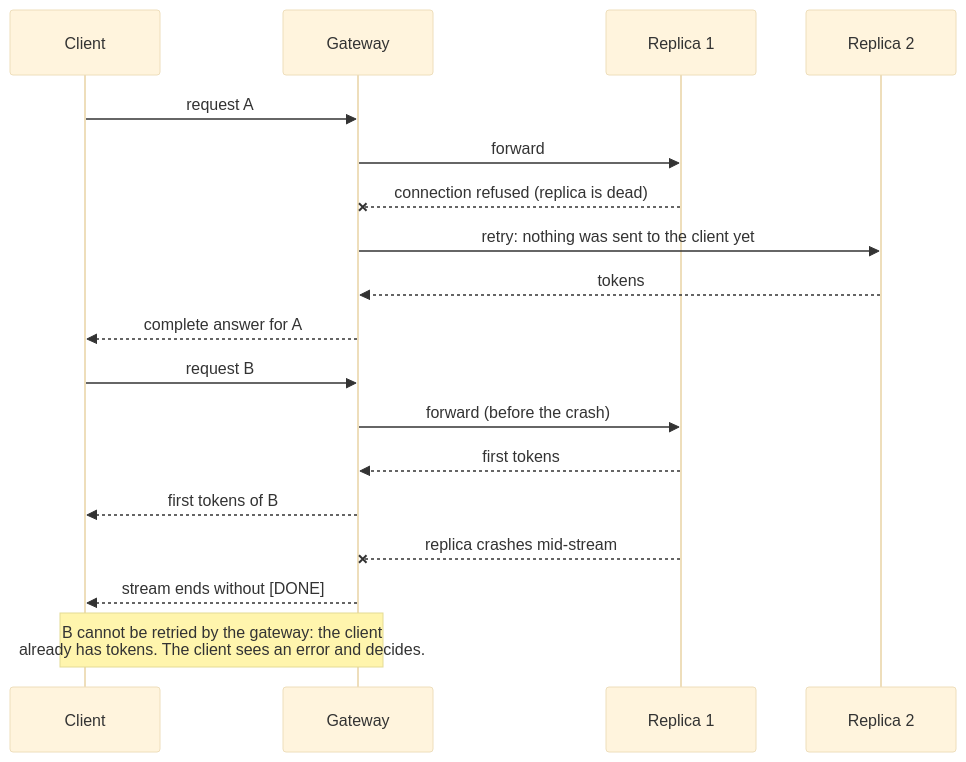
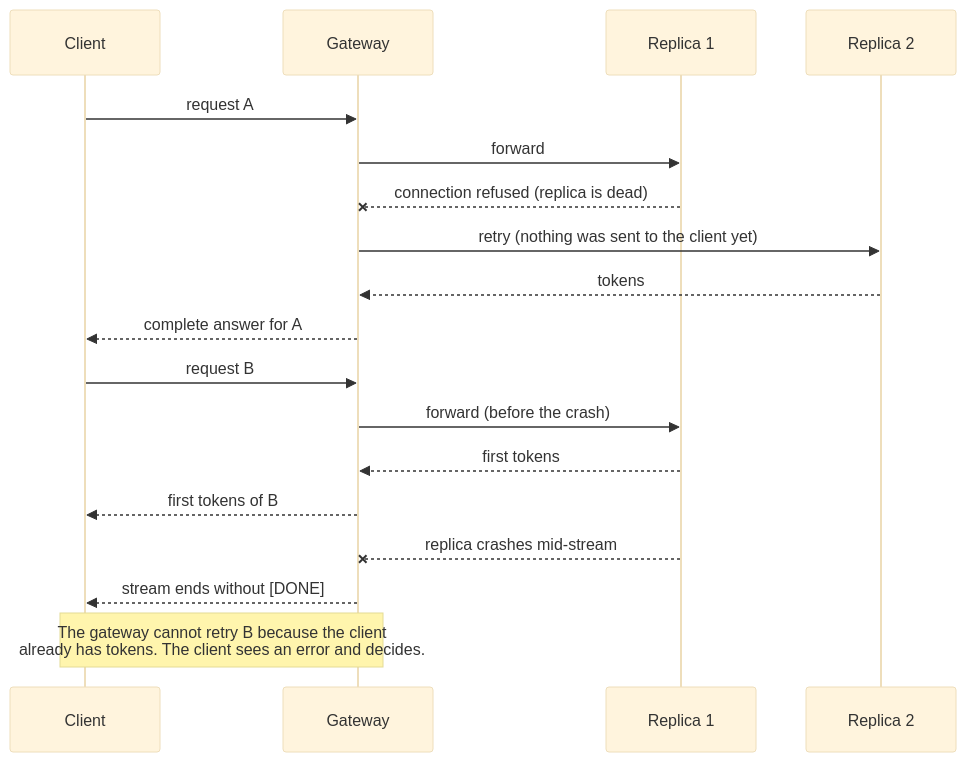
One commit to wolf-ai-apps/claude-generated changed the second of 2 diagrams in levels/14-production-operations/README.md. Above: the diagram before and after it, drawn with Mermaid (base theme). The commit also changed 6 other files, not shown here.

First line of the commit message:
Fix Mermaid syntax errors (colon in gantt task name, numeric xychart labels)

````diff
--- a/levels/14-production-operations/README.md
+++ b/levels/14-production-operations/README.md
@@ -76,20 +76,20 @@
 ```mermaid
 sequenceDiagram
     participant C as Client
     participant G as Gateway
     participant R1 as Replica 1
     participant R2 as Replica 2
     C->>G: request A
     G->>R1: forward
     R1--xG: connection refused (replica is dead)
-    G->>R2: retry: nothing was sent to the client yet
+    G->>R2: retry (nothing was sent to the client yet)
     R2-->>G: tokens
     G-->>C: complete answer for A
     C->>G: request B
     G->>R1: forward (before the crash)
     R1-->>G: first tokens
     G-->>C: first tokens of B
     R1--xG: replica crashes mid-stream
     G-->>C: stream ends without [DONE]
-    Note over C,G: B cannot be retried by the gateway: the client<br/>already has tokens. The client sees an error and decides.
+    Note over C,G: The gateway cannot retry B because the client<br/>already has tokens. The client sees an error and decides.
 ```
````
